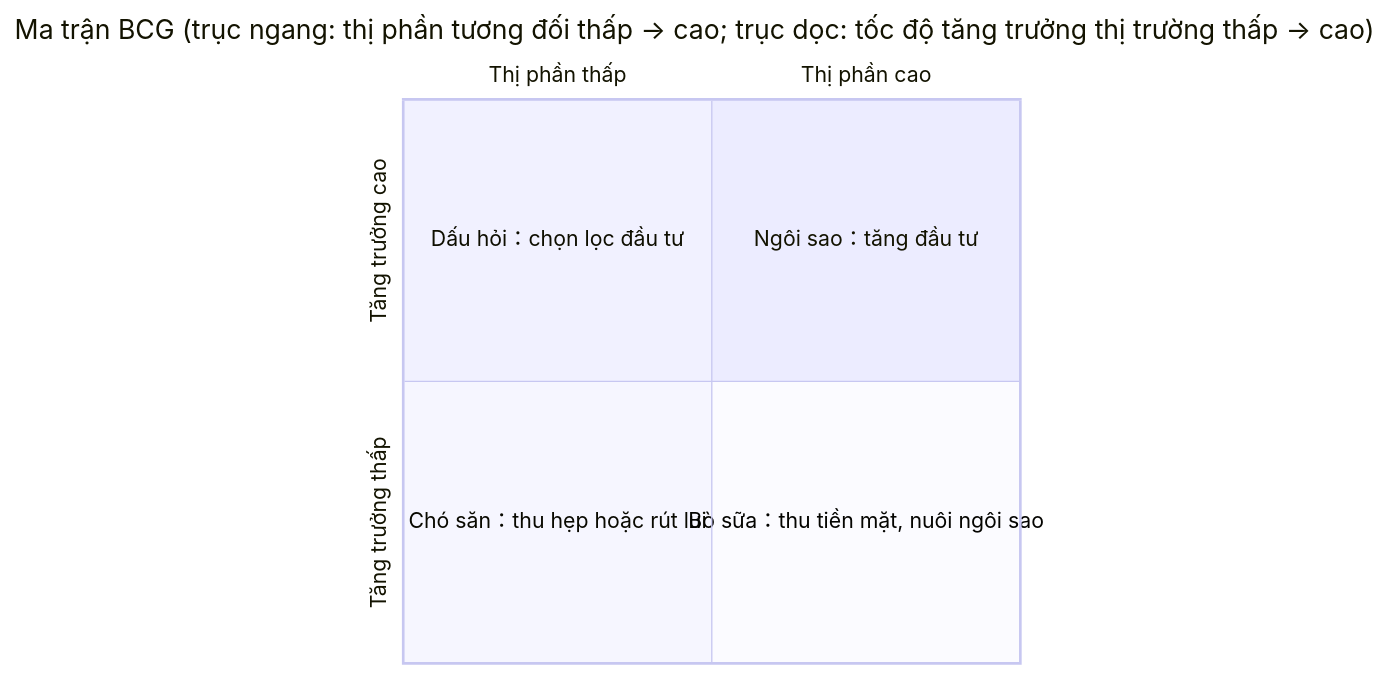
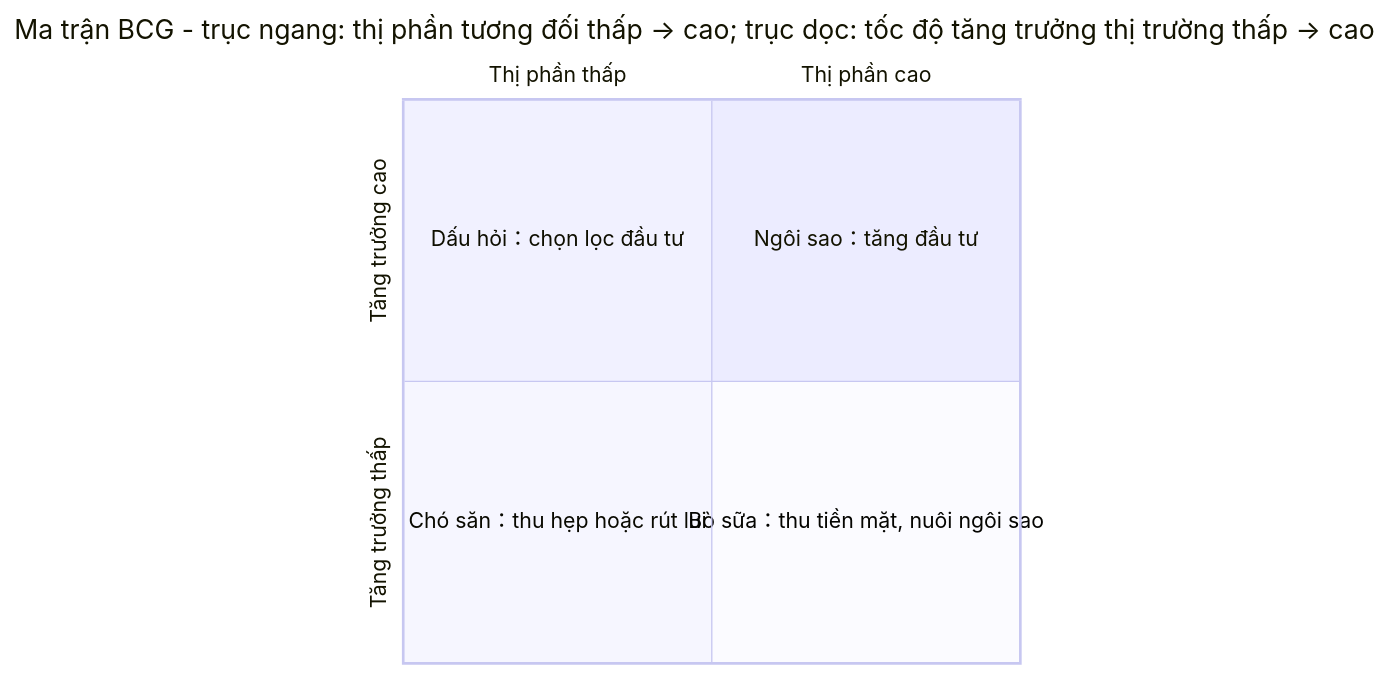
Before and after one commit to hoverwr-bit/management-methods: diagram 13 of 35 in README.vi.md, drawn with Mermaid. The commit also changed other lines of this file and 5 other files, not shown here.

````diff
--- a/README.vi.md
+++ b/README.vi.md
@@ -301,10 +306,10 @@
 ```mermaid
 quadrantChart
-    title Ma trận BCG (trục ngang: thị phần tương đối thấp → cao; trục dọc: tốc độ tăng trưởng thị trường thấp → cao)
+    title Ma trận BCG - trục ngang: thị phần tương đối thấp → cao; trục dọc: tốc độ tăng trưởng thị trường thấp → cao
     x-axis Thị phần thấp --> Thị phần cao
     y-axis Tăng trưởng thấp --> Tăng trưởng cao
     quadrant-2 Dấu hỏi：chọn lọc đầu tư
     quadrant-1 Ngôi sao：tăng đầu tư
     quadrant-3 Chó săn：thu hẹp hoặc rút lui
     quadrant-4 Bò sữa：thu tiền mặt, nuôi ngôi sao
 ```
````
